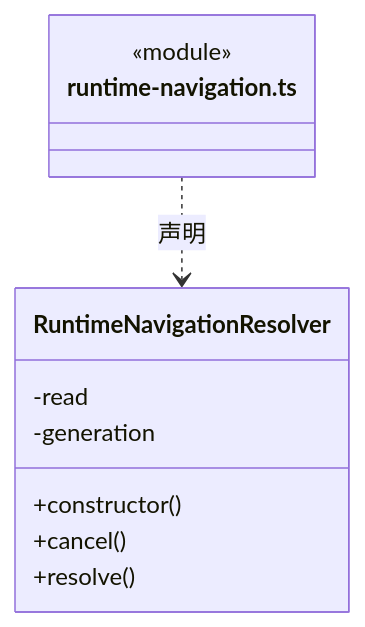
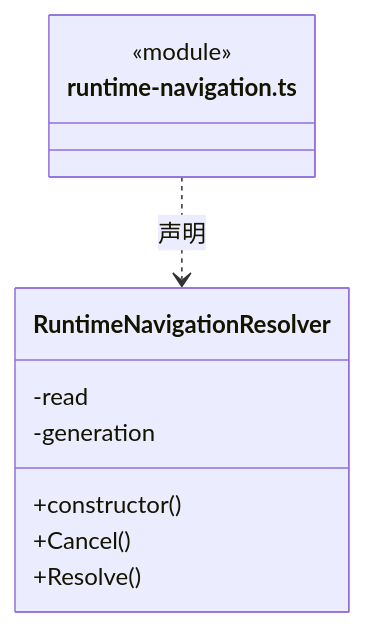
Before and after one commit to nan023062/cbim: the seventh of 18 diagrams in src/view/shell/ARCHITECTURE.md, drawn with Mermaid. The commit also changed 1035 other files, not shown here.

````diff
--- a/src/view/shell/ARCHITECTURE.md
+++ b/src/view/shell/ARCHITECTURE.md
@@ -128,14 +128,14 @@
 ```mermaid
 classDiagram
 class N_src_view_shell_runtime_navigation_ts["runtime-navigation.ts"] {
   <<module>>
 }
 class N_src_view_shell_runtime_navigation_ts_RuntimeNavigationResolver["RuntimeNavigationResolver"] {
   +constructor()
-  +cancel()
-  +resolve()
+  +Cancel()
+  +Resolve()
   -read
   -generation
 }
 N_src_view_shell_runtime_navigation_ts ..> N_src_view_shell_runtime_navigation_ts_RuntimeNavigationResolver : 声明
 ```
````
